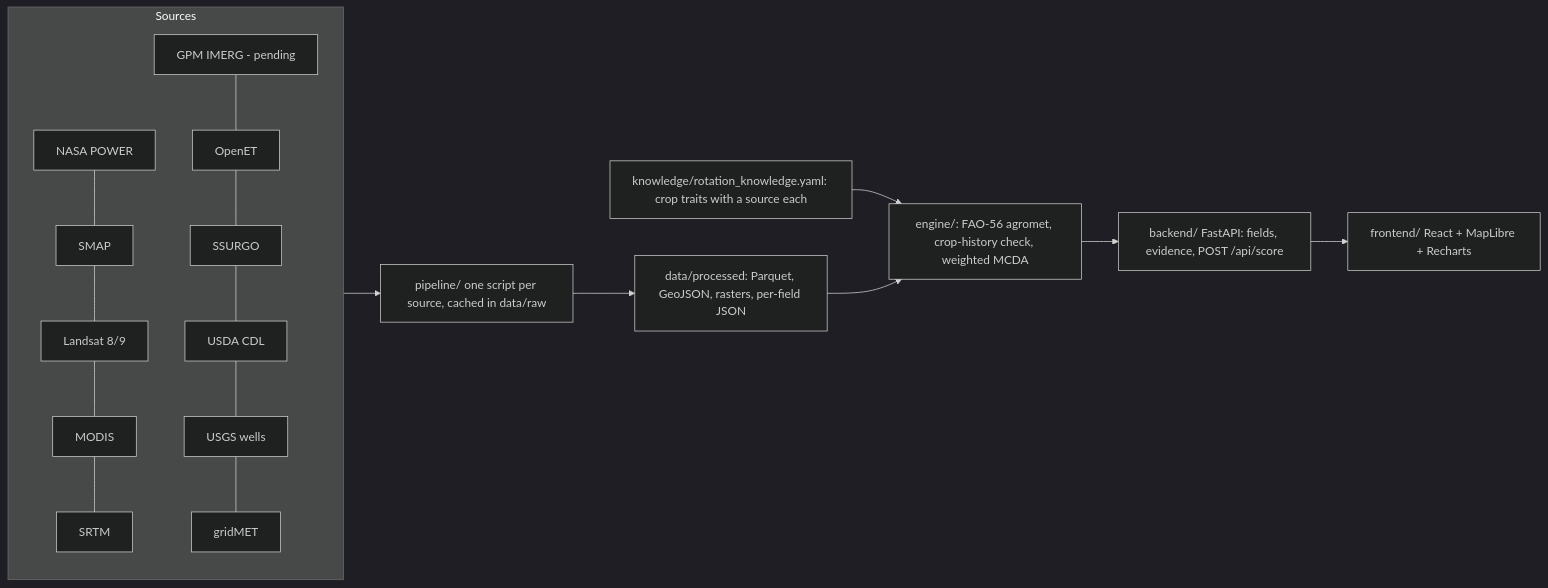
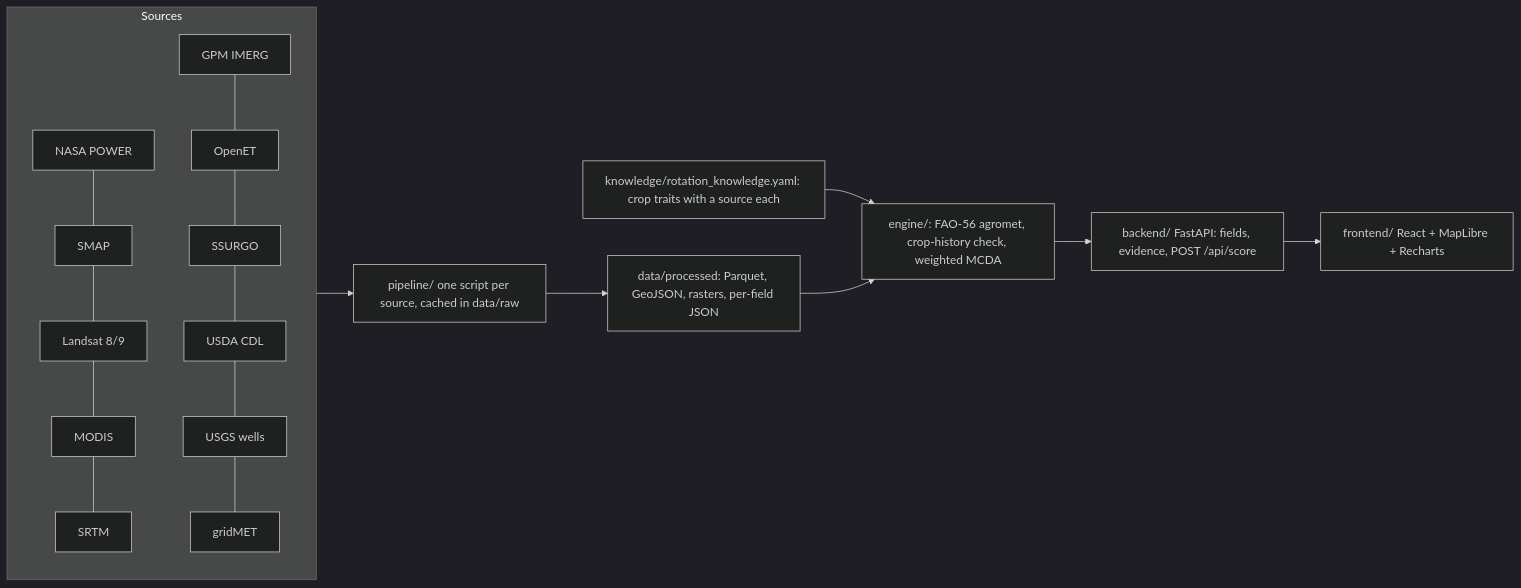
One commit to Rohith-Kumar-SS/field-shift changed the diagram in README.md. Above: the diagram before and after it, drawn with Mermaid (dark theme). The commit also changed other lines of this file and 48 other files, not shown here.

First line of the commit message:
Load GPM IMERG rainfall and use it throughout

````diff
--- a/README.md
+++ b/README.md
@@ -111,13 +108,13 @@
 ```mermaid
 flowchart LR
   subgraph Sources
     P[NASA POWER] --- S[SMAP] --- L[Landsat 8/9] --- M[MODIS] --- T[SRTM]
-    I[GPM IMERG - pending] --- O[OpenET] --- U[SSURGO] --- C[USDA CDL] --- W[USGS wells] --- G[gridMET]
+    I[GPM IMERG] --- O[OpenET] --- U[SSURGO] --- C[USDA CDL] --- W[USGS wells] --- G[gridMET]
   end
   Sources --> PIPE["pipeline/ one script per source, cached in data/raw"]
   PIPE --> PROC["data/processed: Parquet, GeoJSON, rasters, per-field JSON"]
   KB["knowledge/rotation_knowledge.yaml: crop traits with a source each"] --> ENG
   PROC --> ENG["engine/: FAO-56 agromet, crop-history check, weighted MCDA"]
   ENG --> API["backend/ FastAPI: fields, evidence, POST /api/score"]
   API --> UI["frontend/ React + MapLibre + Recharts"]
 ```
````
